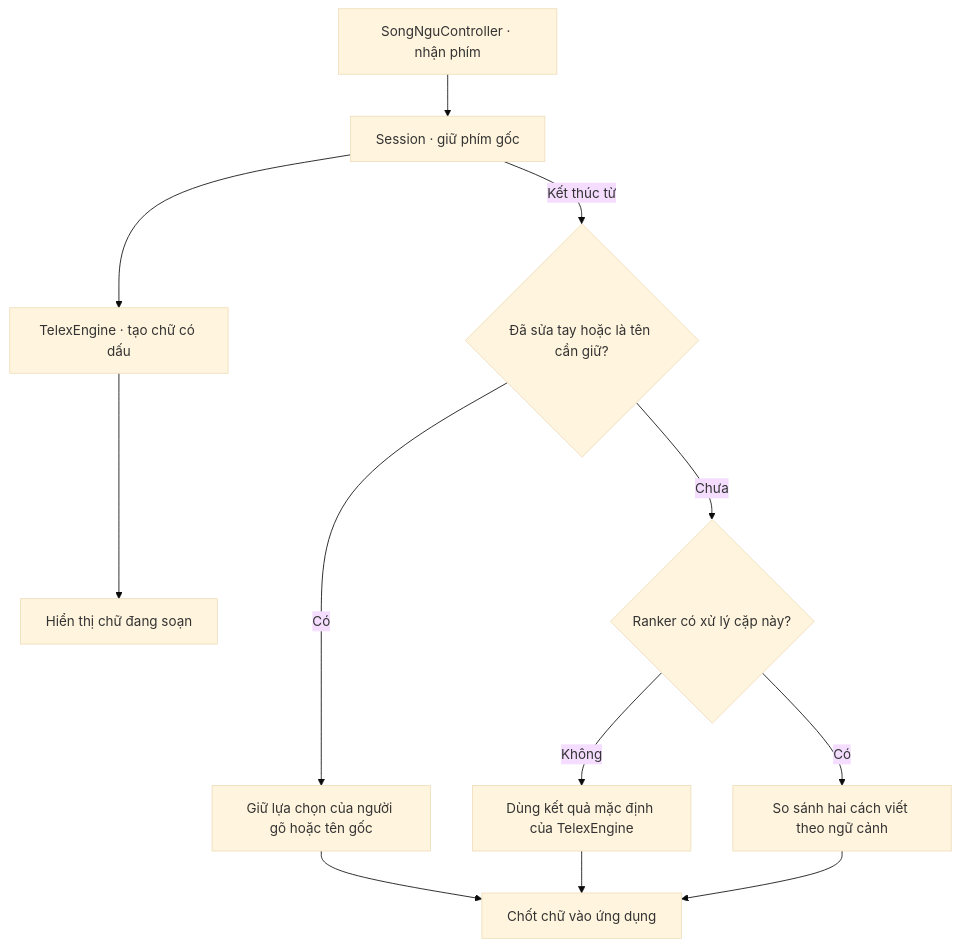
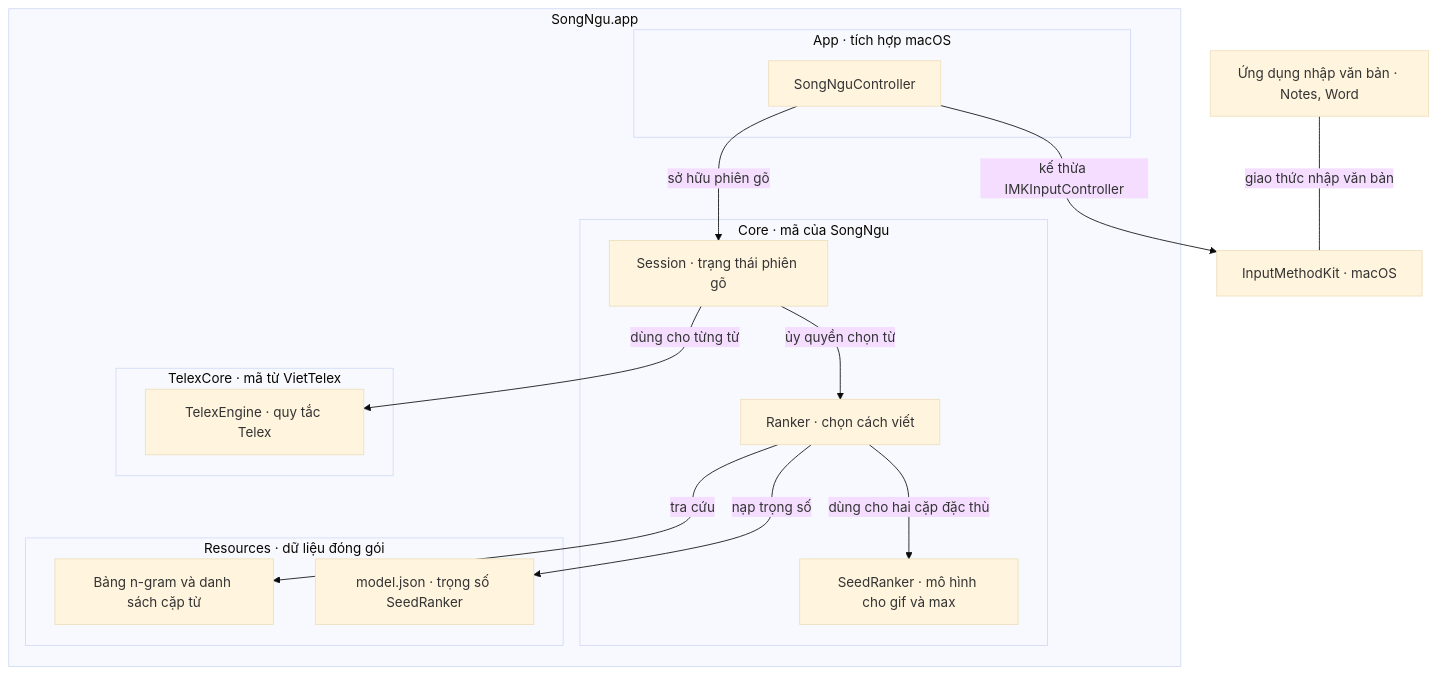
The diagram in README.md (sonmai/TypeBlend), drawn with Mermaid (base theme) before and after one commit. The commit also changed other lines of this file, not shown here.

Commit message:
Replace typing flow with runtime component architecture

````diff
--- a/README.md
+++ b/README.md
@@ -9,14 +9,30 @@
 ```mermaid
-flowchart TD
-    controller["SongNguController · nhận phím"] --> session["Session · giữ phím gốc"]
-    session --> engine["TelexEngine · tạo chữ có dấu"]
-    engine --> display["Hiển thị chữ đang soạn"]
-    session -->|Kết thúc từ| choice{"Đã sửa tay hoặc là tên cần giữ?"}
-    choice -->|Có| keep["Giữ lựa chọn của người gõ hoặc tên gốc"]
-    choice -->|Chưa| ranker{"Ranker có xử lý cặp này?"}
-    ranker -->|Không| fallback["Dùng kết quả mặc định của TelexEngine"]
-    ranker -->|Có| context["So sánh hai cách viết theo ngữ cảnh"]
-    keep --> commit["Chốt chữ vào ứng dụng"]
-    fallback --> commit
-    context --> commit
+flowchart TB
+    host["Ứng dụng nhập văn bản · Notes, Word"]
+    imk["InputMethodKit · macOS"]
+    subgraph bundle["SongNgu.app"]
+        subgraph adapter["App · tích hợp macOS"]
+            controller["SongNguController"]
+        end
+        subgraph core["Core · mã của SongNgu"]
+            session["Session · trạng thái phiên gõ"]
+            ranker["Ranker · chọn cách viết"]
+            seed["SeedRanker · mô hình cho gif và max"]
+        end
+        subgraph upstream["TelexCore · mã từ VietTelex"]
+            telex["TelexEngine · quy tắc Telex"]
+        end
+        subgraph assets["Resources · dữ liệu đóng gói"]
+            tables["Bảng n-gram và danh sách cặp từ"]
+            weights["model.json · trọng số SeedRanker"]
+        end
+    end
+    host ---|giao thức nhập văn bản| imk
+    controller -->|kế thừa IMKInputController| imk
+    controller -->|sở hữu phiên gõ| session
+    session -->|dùng cho từng từ| telex
+    session -->|ủy quyền chọn từ| ranker
+    ranker -->|tra cứu| tables
+    ranker -->|dùng cho hai cặp đặc thù| seed
+    ranker -->|nạp trọng số| weights
 ```
````
